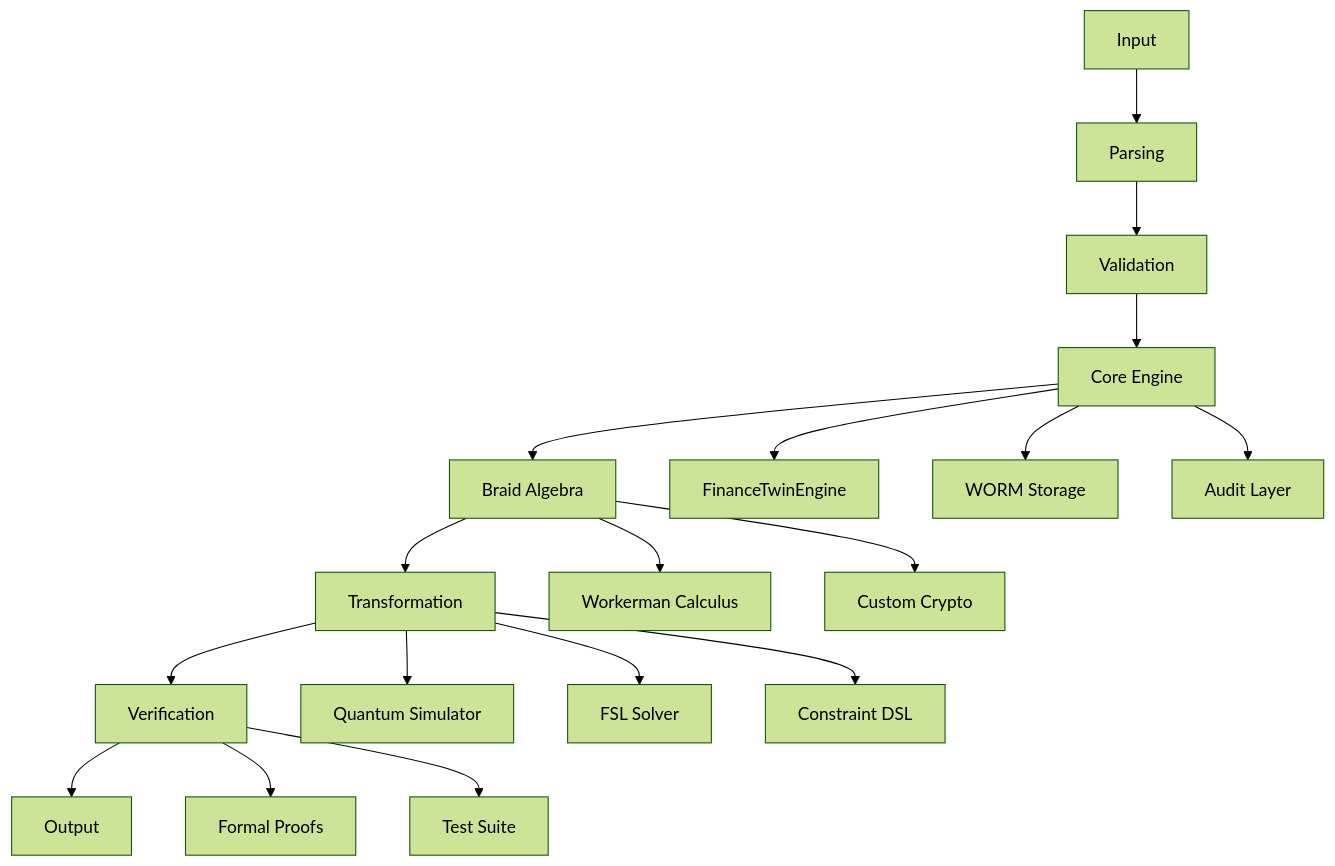
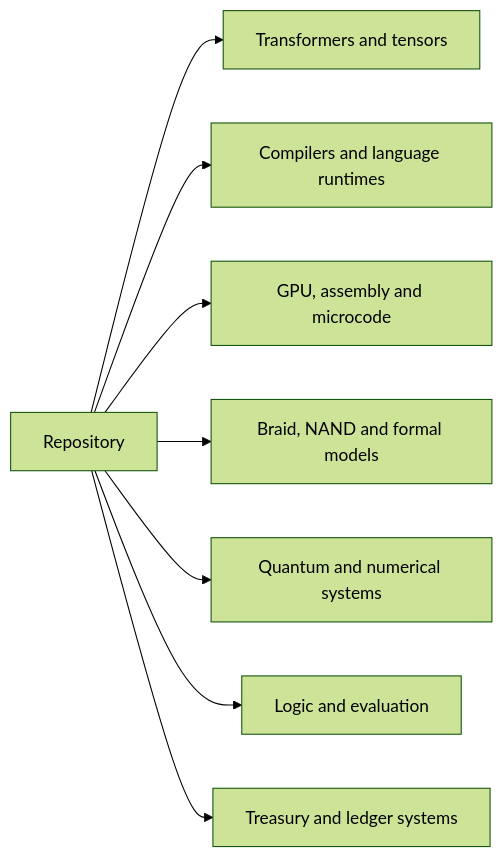
One commit to SNAPKITTYWEST/devflow-finance-twin changed the diagram in README.md. Above: the diagram before and after it, drawn with Mermaid (forest theme). The commit also changed other lines of this file, not shown here.

````diff
--- a/README.md
+++ b/README.md
@@ -264,20 +294,10 @@
 ```mermaid
-flowchart TD
-    A[Input] --> B[Parsing]
-    B --> C[Validation]
-    C --> D[Core Engine]
-    D --> E[Braid Algebra]
-    E --> F[Transformation]
-    F --> G[Verification]
-    G --> H[Output]
-    D --> I[FinanceTwinEngine]
-    D --> J[WORM Storage]
-    D --> K[Audit Layer]
-    E --> L[Workerman Calculus]
-    E --> M[Custom Crypto]
-    F --> N[Quantum Simulator]
-    F --> O[FSL Solver]
-    F --> P[Constraint DSL]
-    G --> Q[Formal Proofs]
-    G --> R[Test Suite]
+flowchart LR
+    R[Repository] --> T[Transformers and tensors]
+    R --> C[Compilers and language runtimes]
+    R --> G[GPU, assembly and microcode]
+    R --> M[Braid, NAND and formal models]
+    R --> Q[Quantum and numerical systems]
+    R --> L[Logic and evaluation]
+    R --> F[Treasury and ledger systems]
 ```
````
